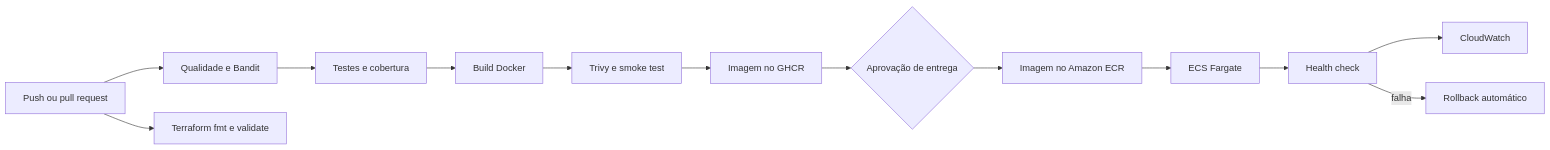
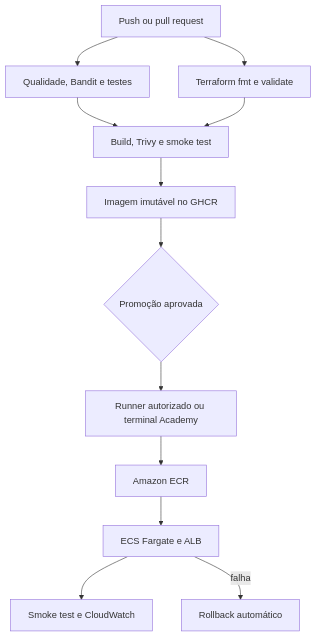
Before and after one commit to Gruiiz/taskflow-devops: the diagram in README.md, drawn with Mermaid. The commit also changed other lines of this file, not shown here.

````diff
--- a/README.md
+++ b/README.md
@@ -23,15 +23,14 @@
 ```mermaid
-flowchart LR
-    A[Push ou pull request] --> B[Qualidade e Bandit]
+flowchart TD
+    A[Push ou pull request] --> B[Qualidade, Bandit e testes]
     A --> C[Terraform fmt e validate]
-    B --> D[Testes e cobertura]
-    D --> E[Build Docker]
-    E --> F[Trivy e smoke test]
-    F --> G[Imagem no GHCR]
-    G --> H{Aprovação de entrega}
-    H --> I[Imagem no Amazon ECR]
-    I --> J[ECS Fargate]
-    J --> K[Health check]
-    K --> L[CloudWatch]
-    K -->|falha| M[Rollback automático]
+    B --> D[Build, Trivy e smoke test]
+    C --> D
+    D --> E[Imagem imutável no GHCR]
+    E --> F{Promoção aprovada}
+    F --> G[Runner autorizado ou terminal Academy]
+    G --> H[Amazon ECR]
+    H --> I[ECS Fargate e ALB]
+    I --> J[Smoke test e CloudWatch]
+    I -->|falha| K[Rollback automático]
 ```
````
